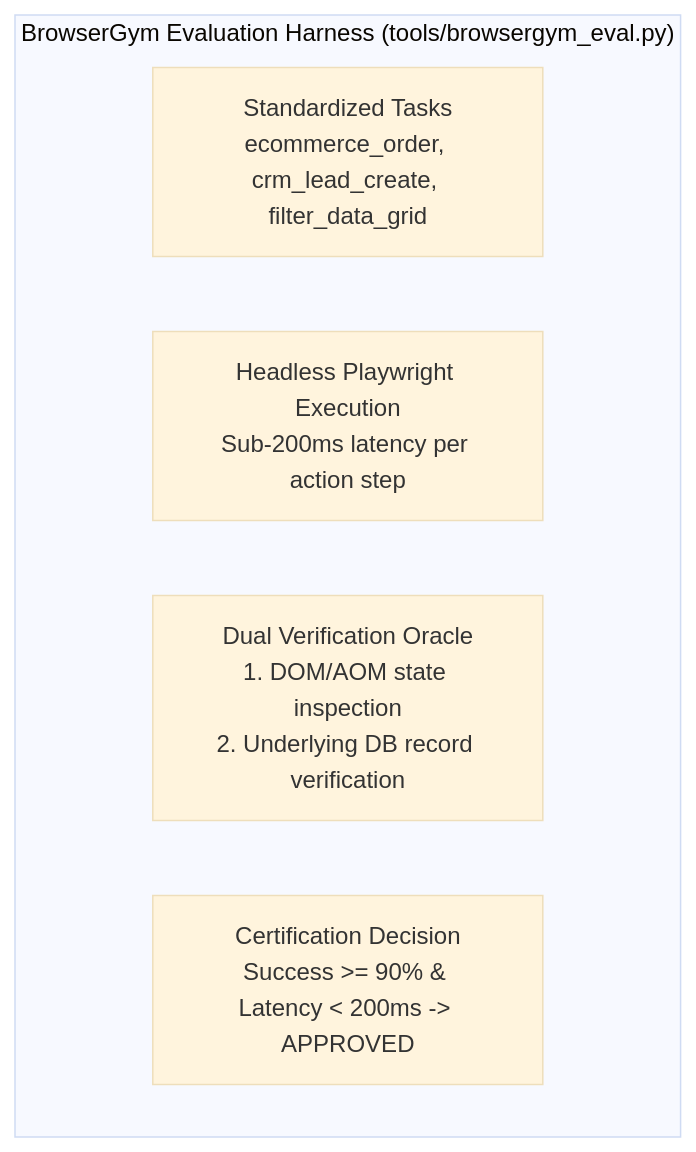
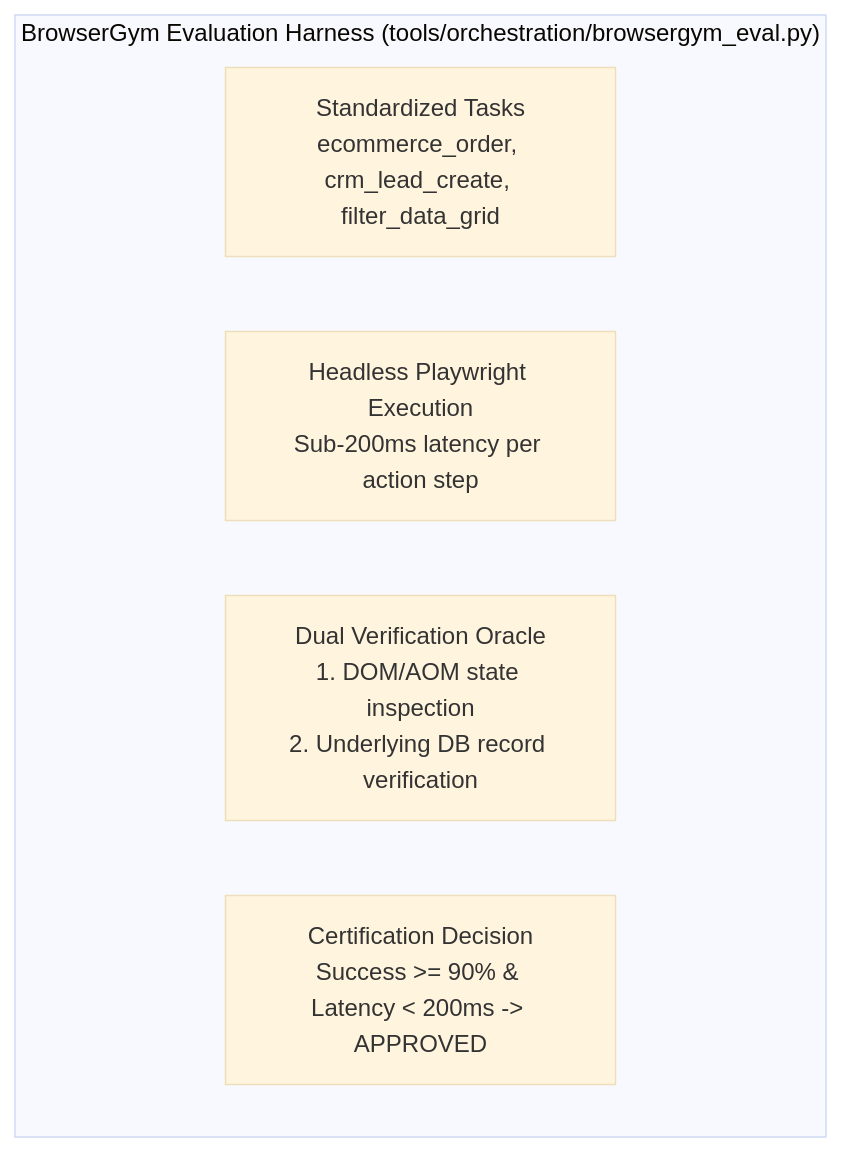
One commit to TeeVee98/Synapse-Hub changed the diagram in skills/01-web-automation/web-agent-gym-benchmarking/SKILL.md. Above: the diagram before and after it, drawn with Mermaid (base theme). The commit also changed other lines of this file and 128 other files, not shown here.

````diff
--- a/skills/01-web-automation/web-agent-gym-benchmarking/SKILL.md
+++ b/skills/01-web-automation/web-agent-gym-benchmarking/SKILL.md
@@ -44,9 +44,9 @@
 ```mermaid
 flowchart TD
-    subgraph GymHarness["BrowserGym Evaluation Harness (tools/browsergym_eval.py)"]
+    subgraph GymHarness["BrowserGym Evaluation Harness (tools/orchestration/browsergym_eval.py)"]
         Tasks["Standardized Tasks<br/>ecommerce_order, crm_lead_create, filter_data_grid"]
         Execution["Headless Playwright Execution<br/>Sub-200ms latency per action step"]
         DualVerify["Dual Verification Oracle<br/>1. DOM/AOM state inspection<br/>2. Underlying DB record verification"]
         Certify["Certification Decision<br/>Success >= 90% & Latency < 200ms -> APPROVED"]
     end
 ```
````
